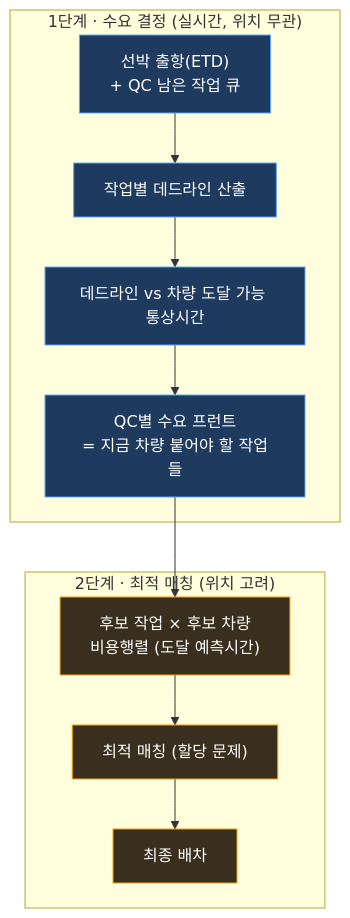
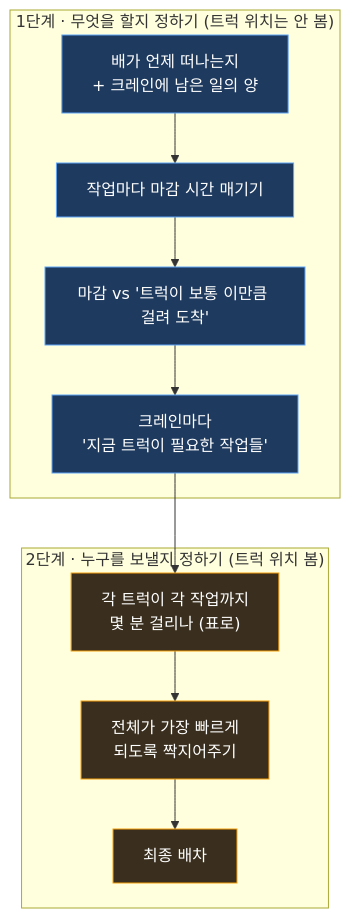
Before and after one commit to kimt86/tt-aiops-platform: the diagram in docs-site/src/content/docs/dispatch/index.md, drawn with Mermaid. The commit also changed other lines of this file and 1 other file, not shown here.

````diff
--- a/docs-site/src/content/docs/dispatch/index.md
+++ b/docs-site/src/content/docs/dispatch/index.md
@@ -25,17 +29,17 @@
 ```mermaid
 flowchart TB
-  subgraph S1["1단계 · 수요 결정 (실시간, 위치 무관)"]
-    A["선박 출항(ETD)<br/>+ QC 남은 작업 큐"] --> B["작업별 데드라인 산출"]
-    B --> C["데드라인 vs 차량 도달 가능 통상시간"]
-    C --> D["QC별 수요 프런트<br/>= 지금 차량 붙어야 할 작업들"]
+  subgraph S1["1단계 · 무엇을 할지 정하기 (트럭 위치는 안 봄)"]
+    A["배가 언제 떠나는지<br/>+ 크레인에 남은 일의 양"] --> B["작업마다 마감 시간 매기기"]
+    B --> C["마감 vs '트럭이 보통 이만큼 걸려 도착'"]
+    C --> D["크레인마다<br/>'지금 트럭이 필요한 작업들'"]
   end
-  subgraph S2["2단계 · 최적 매칭 (위치 고려)"]
-    D --> E["후보 작업 × 후보 차량<br/>비용행렬 (도달 예측시간)"]
-    E --> F["최적 매칭 (할당 문제)"]
+  subgraph S2["2단계 · 누구를 보낼지 정하기 (트럭 위치 봄)"]
+    D --> E["각 트럭이 각 작업까지<br/>몇 분 걸리나 (표로)"]
+    E --> F["전체가 가장 빠르게<br/>되도록 짝지어주기"]
     F --> G["최종 배차"]
   end
   classDef s1 fill:#1e3a5f,stroke:#60a5fa,color:#fff
   classDef s2 fill:#3a2f1e,stroke:#f59e0b,color:#fff
   class A,B,C,D s1
   class E,F,G s2
 ```
````
